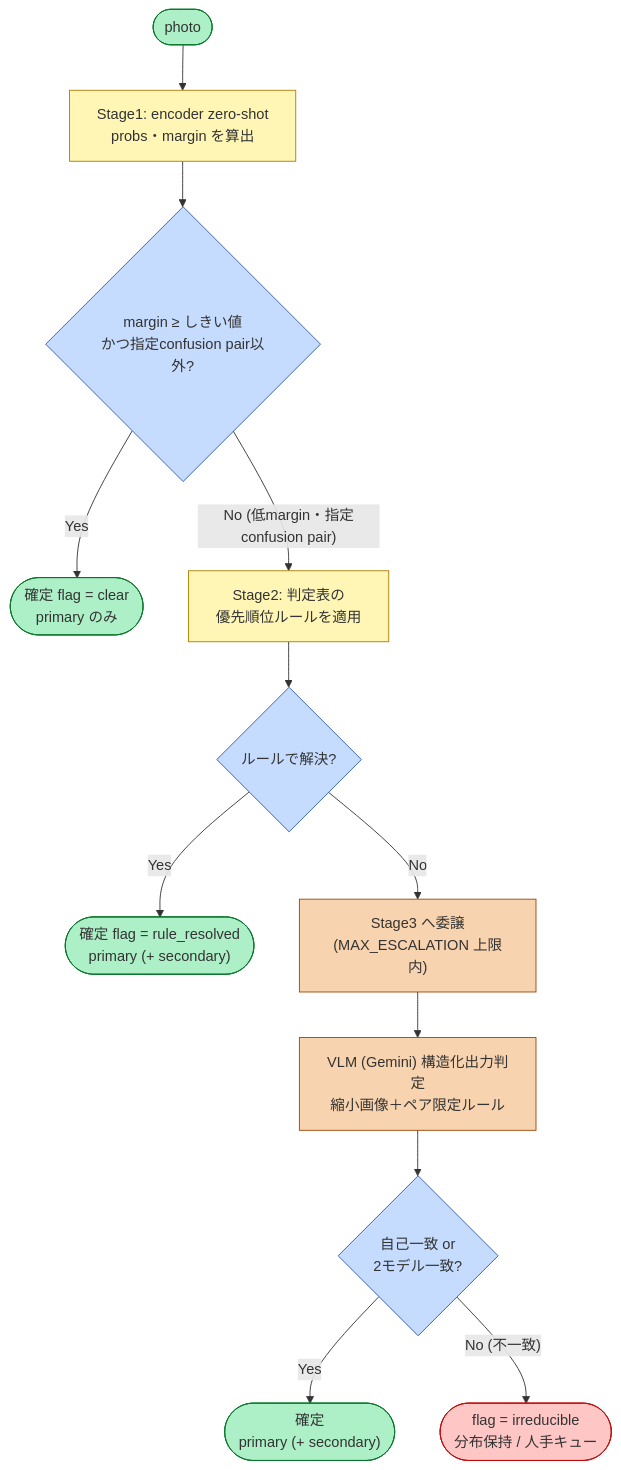
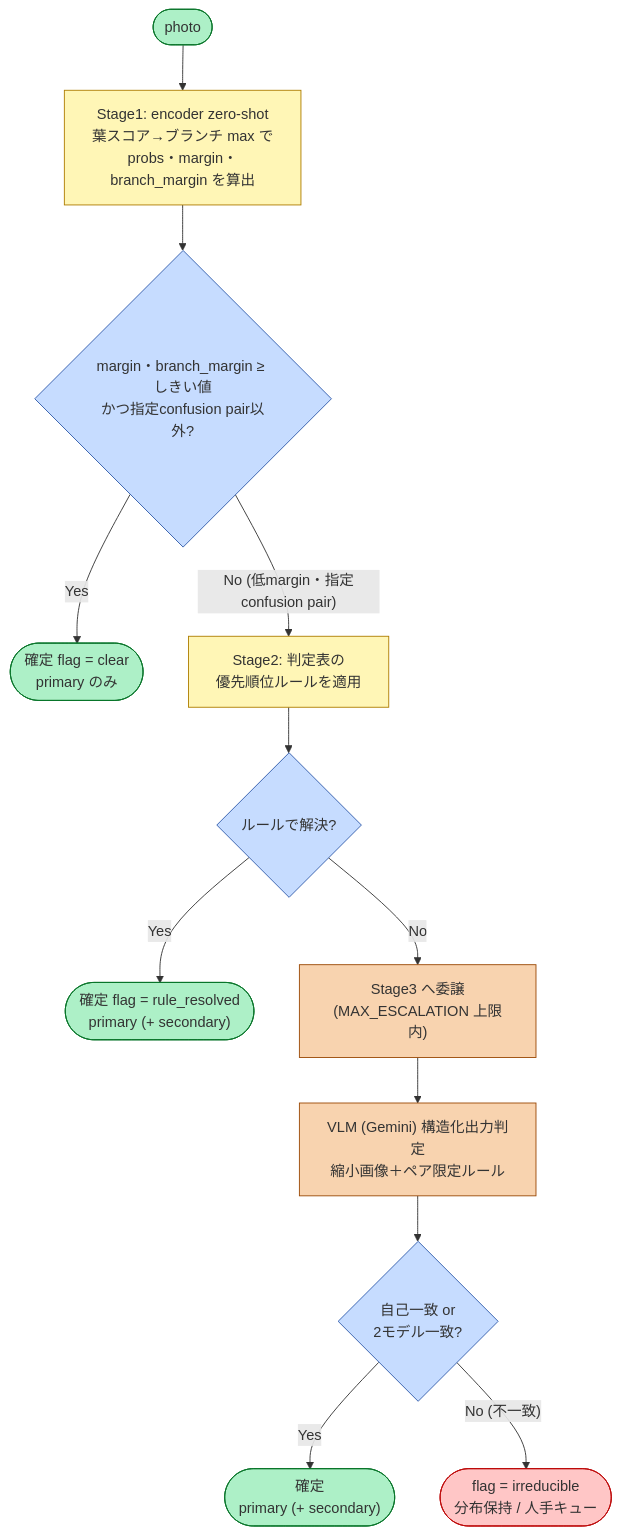
Before and after one commit to spin-glass/lab-vlm-cascade: the diagram in docs/diagrams/decision-flow.md, drawn with Mermaid. The commit also changed 5 other files, not shown here.

First line of the commit message:
Clarify pre-M0 status, define tune/work/eval split, sync diagrams

````diff
--- a/docs/diagrams/decision-flow.md
+++ b/docs/diagrams/decision-flow.md
@@ -5,33 +5,33 @@
 ```mermaid
 flowchart TD
     classDef general fill:#fff6b6,stroke:#af7e02
     classDef decision fill:#c6dcff,stroke:#305bab
     classDef terminator fill:#adf0c7,stroke:#087429
     classDef escalate fill:#f8d3af,stroke:#9b4a07
     classDef irred fill:#ffc6c6,stroke:#bd0909
 
     P(["photo"]):::terminator
-    S1["Stage1: encoder zero-shot<br/>probs・margin を算出"]:::general
-    Q1{"margin ≥ しきい値<br/>かつ指定confusion pair以外?"}:::decision
+    S1["Stage1: encoder zero-shot<br/>葉スコア→ブランチ max で<br/>probs・margin・branch_margin を算出"]:::general
+    Q1{"margin・branch_margin ≥ しきい値<br/>かつ指定confusion pair以外?"}:::decision
     C1(["確定 flag = clear<br/>primary のみ"]):::terminator
     R["Stage2: 判定表の<br/>優先順位ルールを適用"]:::general
     Q2{"ルールで解決?"}:::decision
     C2(["確定 flag = rule_resolved<br/>primary (+ secondary)"]):::terminator
     E["Stage3 へ委譲<br/>(MAX_ESCALATION 上限内)"]:::escalate
     V["VLM (Gemini) 構造化出力判定<br/>縮小画像＋ペア限定ルール"]:::escalate
     Q3{"自己一致 or<br/>2モデル一致?"}:::decision
     C3(["確定<br/>primary (+ secondary)"]):::terminator
     I(["flag = irreducible<br/>分布保持 / 人手キュー"]):::irred
 
     P --> S1
     S1 --> Q1
     Q1 -->|"Yes"| C1
     Q1 -->|"No (低margin・指定confusion pair)"| R
     R --> Q2
     Q2 -->|"Yes"| C2
     Q2 -->|"No"| E
     E --> V
     V --> Q3
     Q3 -->|"Yes"| C3
     Q3 -->|"No (不一致)"| I
 ```
````
